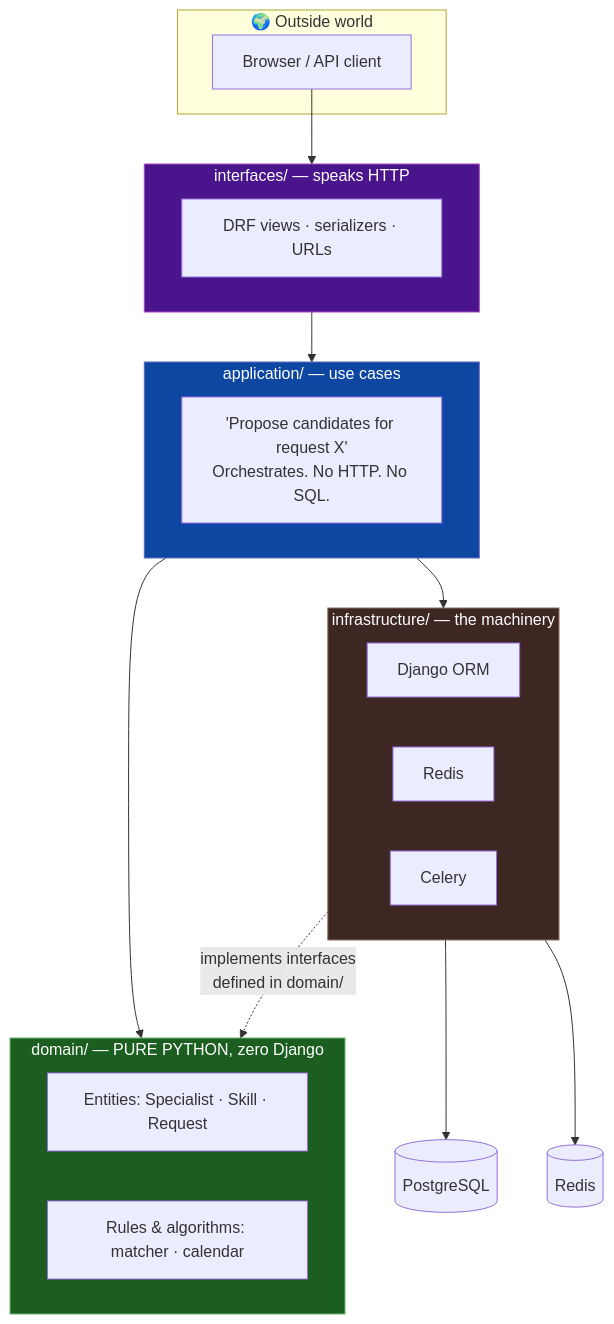
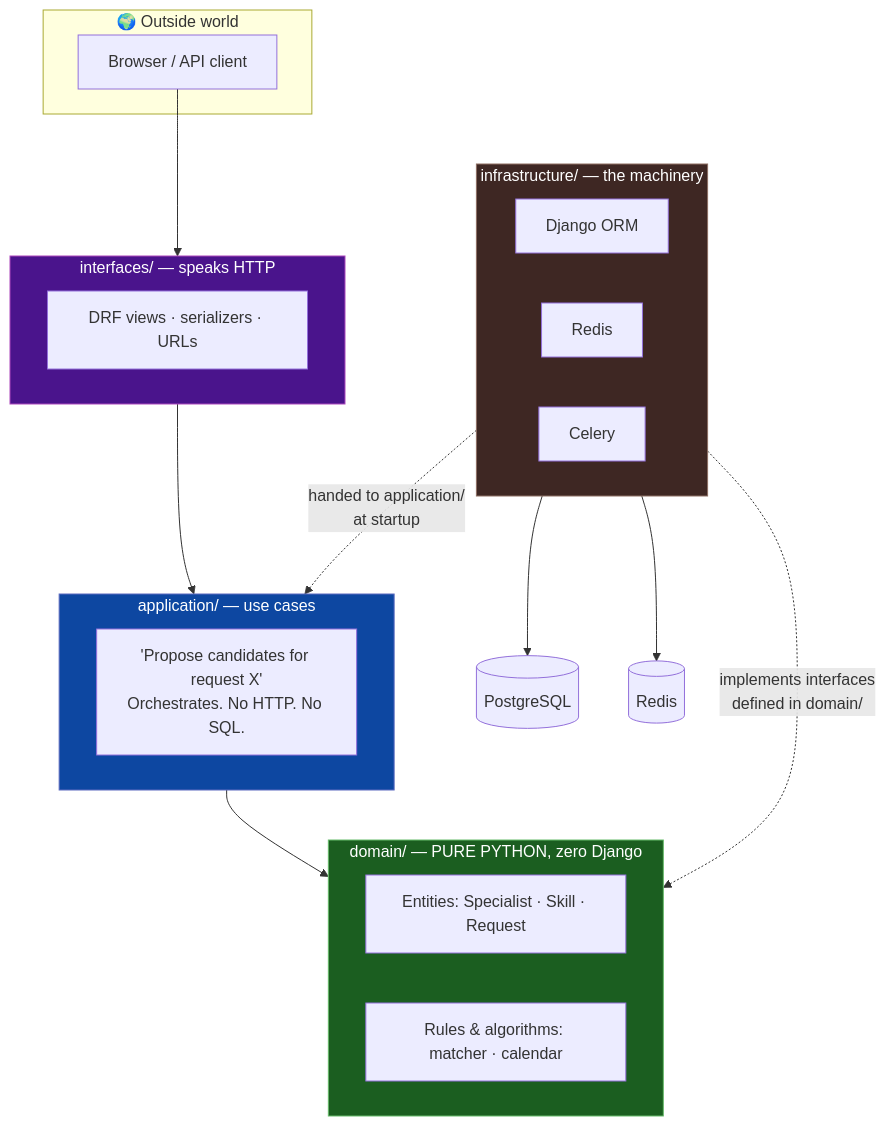
Before and after one commit to Shakarneh/BenchFlow: the fourth of 13 diagrams in WORKFLOW.md, drawn with Mermaid. The commit also changed other lines of this file and 1 other file, not shown here.

````diff
--- a/WORKFLOW.md
+++ b/WORKFLOW.md
@@ -128,42 +128,42 @@
 ```mermaid
 flowchart TD
     subgraph OUT["🌍 Outside world"]
         BROWSER["Browser / API client"]
     end
 
     BROWSER --> INT
 
     subgraph INT["interfaces/ — speaks HTTP"]
         V["DRF views · serializers · URLs"]
     end
 
     INT --> APP
 
     subgraph APP["application/ — use cases"]
         UC["'Propose candidates for request X'<br/>Orchestrates. No HTTP. No SQL."]
     end
 
     APP --> DOM
 
     subgraph DOM["domain/ — PURE PYTHON, zero Django"]
         E["Entities: Specialist · Skill · Request"]
         R["Rules & algorithms: matcher · calendar"]
     end
 
-    APP --> INF
+    INF -.->|"handed to application/<br/>at startup"| APP
 
     subgraph INF["infrastructure/ — the machinery"]
         ORM["Django ORM"]
         RD["Redis"]
         CEL["Celery"]
     end
 
     INF --> DB[("PostgreSQL")]
     INF --> RCACHE[("Redis")]
     INF -.->|"implements interfaces<br/>defined in domain/"| DOM
 
     style DOM fill:#1b5e20,stroke:#66bb6a,color:#fff
     style APP fill:#0d47a1,stroke:#5c6bc0,color:#fff
     style INT fill:#4a148c,stroke:#ab47bc,color:#fff
     style INF fill:#3e2723,stroke:#8d6e63,color:#fff
 ```
````
